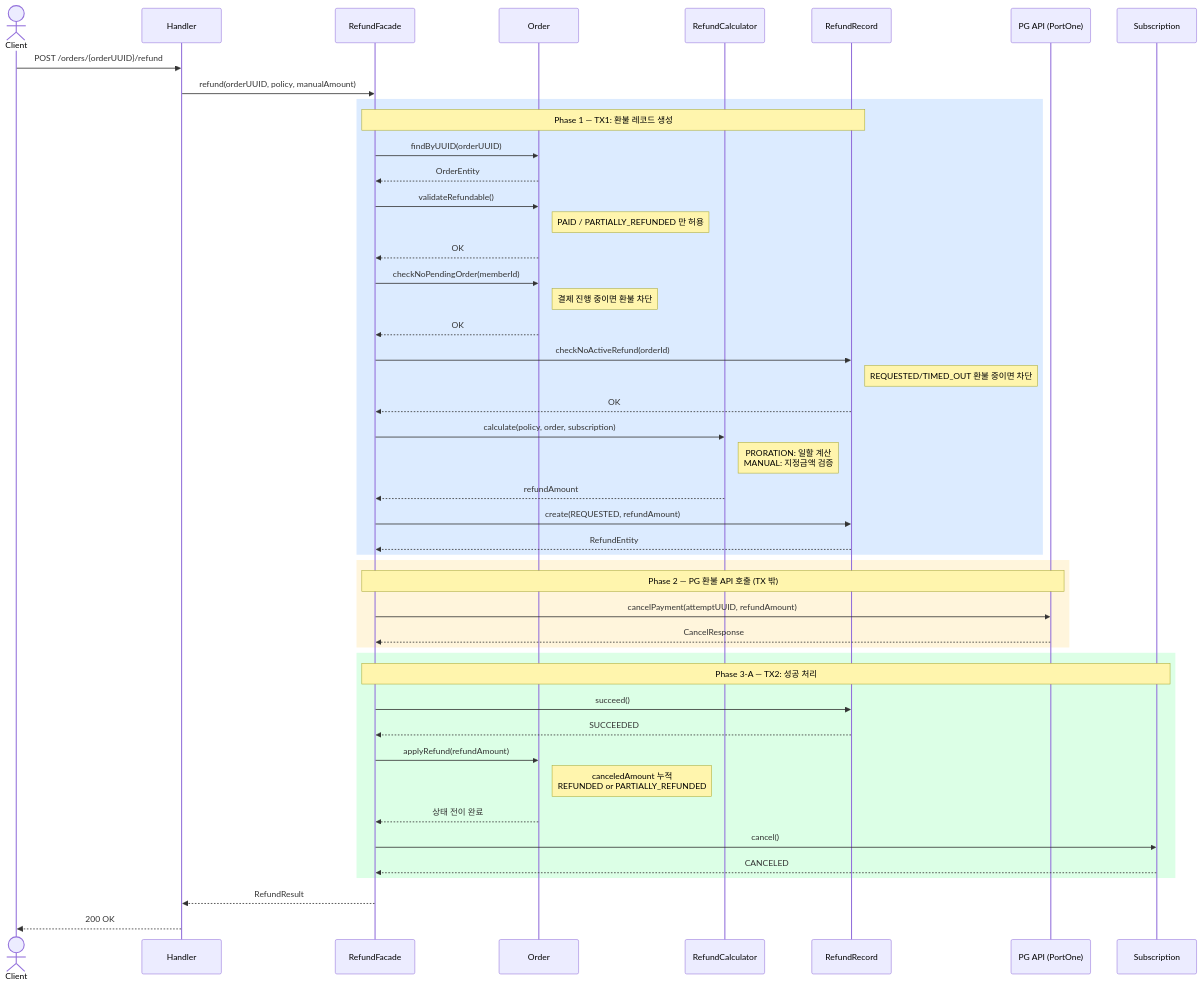
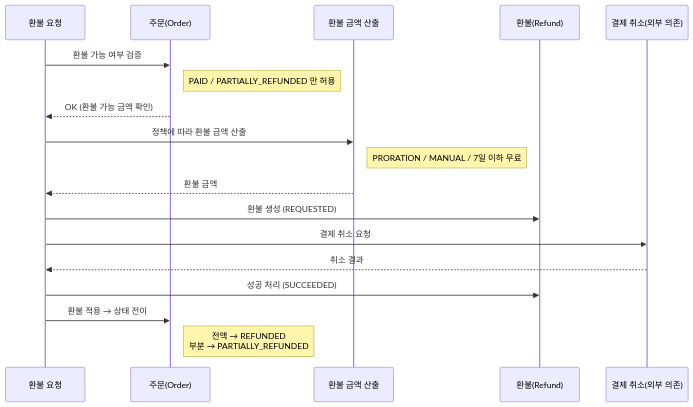
The first of 2 diagrams in task1/refund_design.md (woong7361/architecture-thinking), drawn with Mermaid before and after one commit. The commit also changed other lines of this file and 24 other files, not shown here.

````diff
--- a/task1/refund_design.md
+++ b/task1/refund_design.md
@@ -32,61 +35,25 @@
 ```mermaid
 sequenceDiagram
-    actor Client
-    participant Handler
-    participant RefundFacade
-    participant Order
-    participant RefundCalculator
-    participant RefundRecord
-    participant PG as PG API (PortOne)
-    participant Subscription
+    participant 요청 as 환불 요청
+    participant 주문 as 주문(Order)
+    participant 계산 as 환불 금액 산출
+    participant 환불 as 환불(Refund)
+    participant 외부 as 결제 취소(외부 의존)
 
-    Client->>Handler: POST /orders/{orderUUID}/refund
-    Handler->>RefundFacade: refund(orderUUID, policy, manualAmount)
+    요청->>주문: 환불 가능 여부 검증
+    Note right of 주문: PAID / PARTIALLY_REFUNDED 만 허용
+    주문-->>요청: OK (환불 가능 금액 확인)
 
-    rect rgb(220, 235, 255)
-        Note over RefundFacade,RefundRecord: Phase 1 — TX1: 환불 레코드 생성
-        RefundFacade->>Order: findByUUID(orderUUID)
-        Order-->>RefundFacade: OrderEntity
+    요청->>계산: 정책에 따라 환불 금액 산출
+    Note right of 계산: PRORATION / MANUAL / 7일 이하 무료
+    계산-->>요청: 환불 금액
 
-        RefundFacade->>Order: validateRefundable()
-        Note right of Order: PAID / PARTIALLY_REFUNDED 만 허용
-        Order-->>RefundFacade: OK
+    요청->>환불: 환불 생성 (REQUESTED)
 
-        RefundFacade->>Order: checkNoPendingOrder(memberId)
-        Note right of Order: 결제 진행 중이면 환불 차단
-        Order-->>RefundFacade: OK
+    요청->>외부: 결제 취소 요청
+    외부-->>요청: 취소 결과
 
-        RefundFacade->>RefundRecord: checkNoActiveRefund(orderId)
-        Note right of RefundRecord: REQUESTED/TIMED_OUT 환불 중이면 차단
-        RefundRecord-->>RefundFacade: OK
-
-        RefundFacade->>RefundCalculator: calculate(policy, order, subscription)
-        Note right of RefundCalculator: PRORATION: 일할 계산<br/>MANUAL: 지정금액 검증
-        RefundCalculator-->>RefundFacade: refundAmount
-
-        RefundFacade->>RefundRecord: create(REQUESTED, refundAmount)
-        RefundRecord-->>RefundFacade: RefundEntity
-    end
-
-    rect rgb(255, 245, 220)
-        Note over RefundFacade,PG: Phase 2 — PG 환불 API 호출 (TX 밖)
-        RefundFacade->>PG: cancelPayment(attemptUUID, refundAmount)
-        PG-->>RefundFacade: CancelResponse
-    end
-
-    rect rgb(220, 255, 230)
-        Note over RefundFacade,Subscription: Phase 3-A — TX2: 성공 처리
-        RefundFacade->>RefundRecord: succeed()
-        RefundRecord-->>RefundFacade: SUCCEEDED
-
-        RefundFacade->>Order: applyRefund(refundAmount)
-        Note right of Order: canceledAmount 누적<br/>REFUNDED or PARTIALLY_REFUNDED
-        Order-->>RefundFacade: 상태 전이 완료
-
-        RefundFacade->>Subscription: cancel()
-        Subscription-->>RefundFacade: CANCELED
-    end
-
-    RefundFacade-->>Handler: RefundResult
-    Handler-->>Client: 200 OK
+    요청->>환불: 성공 처리 (SUCCEEDED)
+    요청->>주문: 환불 적용 → 상태 전이
+    Note right of 주문: 전액 → REFUNDED<br/>부분 → PARTIALLY_REFUNDED
 ```
````
